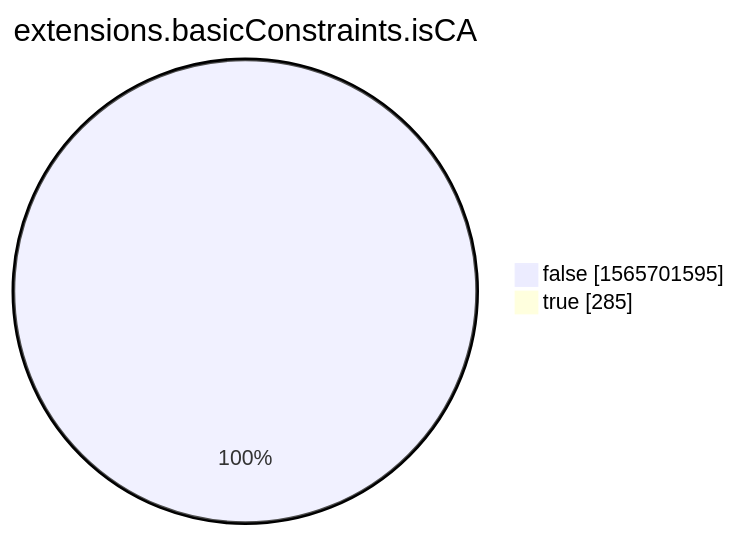
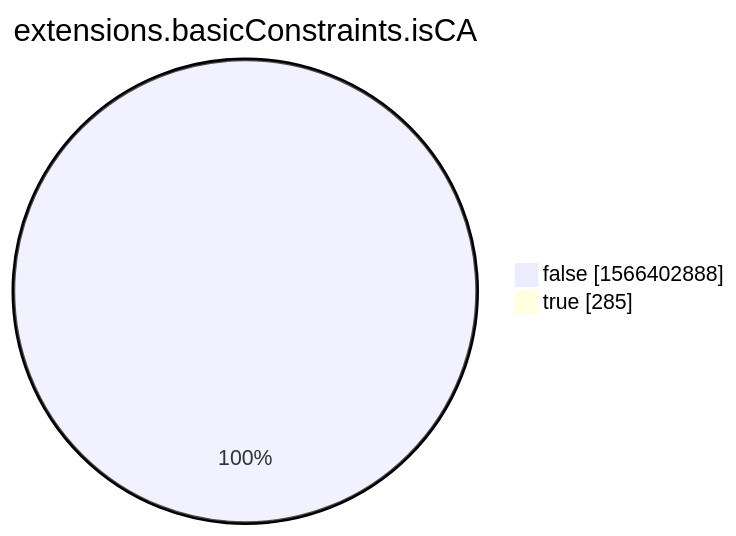
One commit to christiankrug/ctmonitor_visualization changed the eighth of 15 diagrams in xenon2022/README.md. Above: the diagram before and after it, drawn with Mermaid. The commit also changed other lines of this file, not shown here.

````diff
--- a/xenon2022/README.md
+++ b/xenon2022/README.md
@@ -2860,6 +2861,6 @@
 ```mermaid
 pie showData
 title extensions.basicConstraints.isCA
-"false" :1565701595
+"false" :1566402888
 "true" :285
 ```
````
